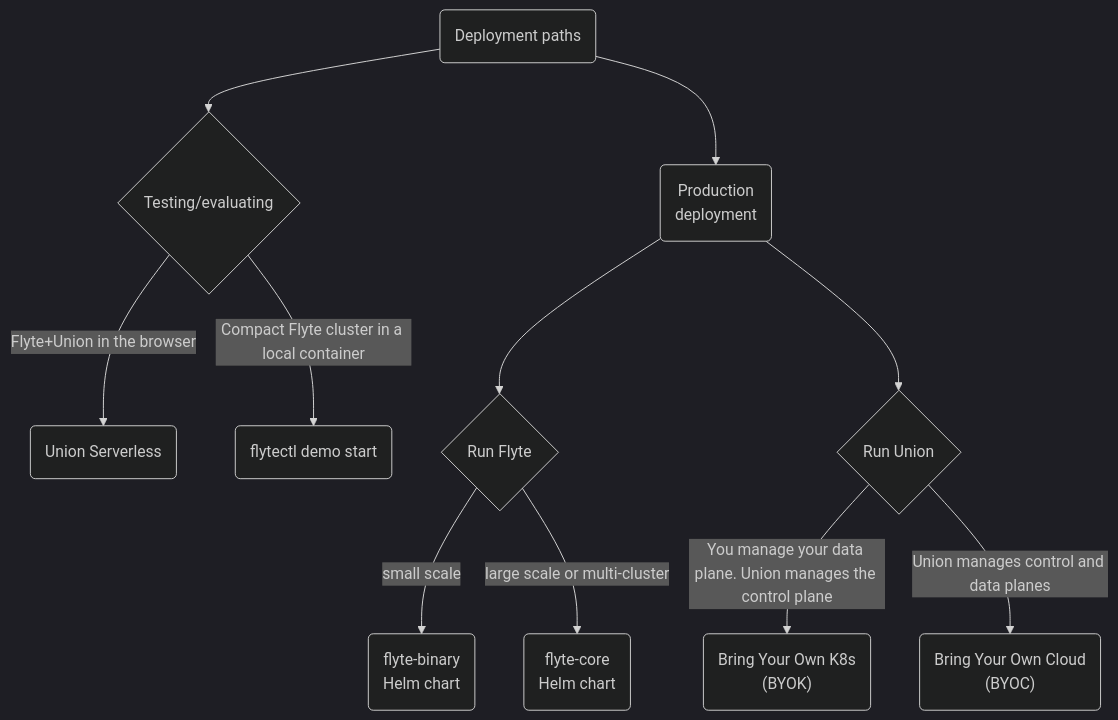
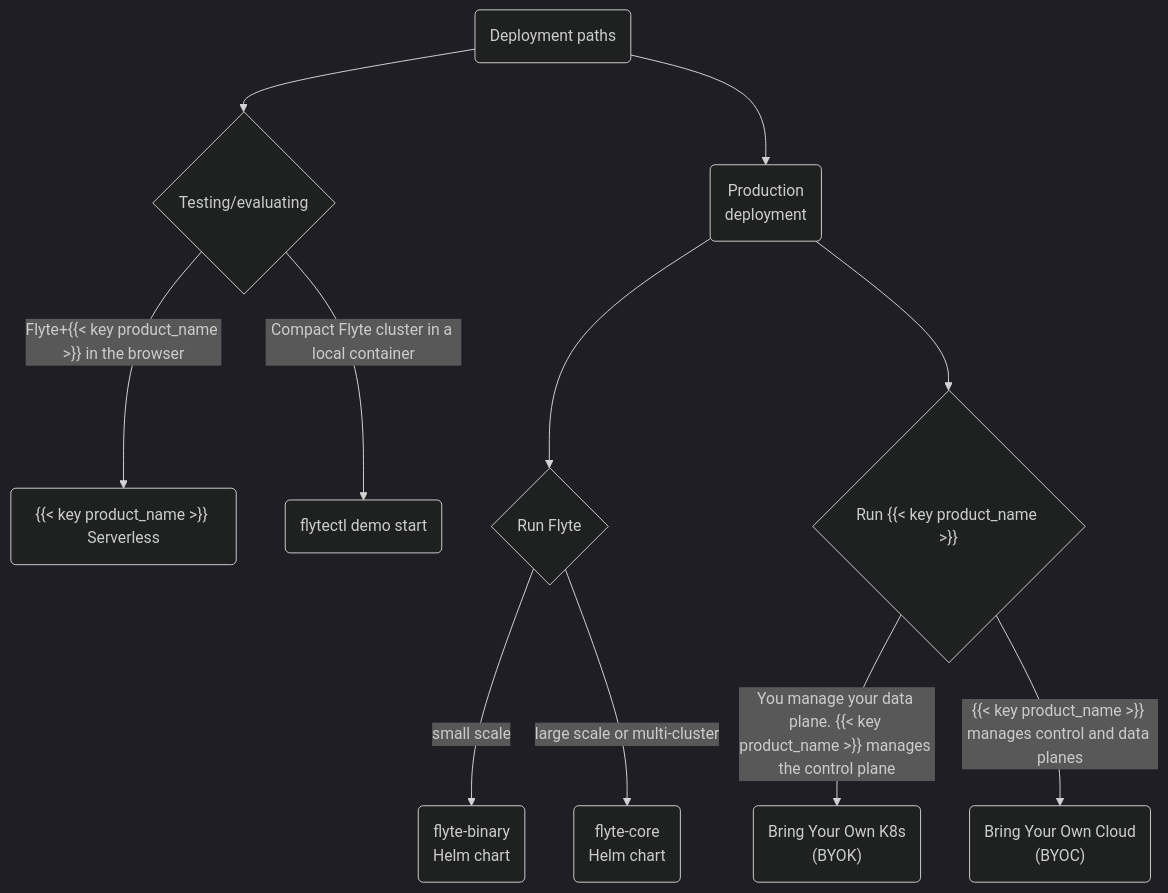
Before and after one commit to unionai/unionai-docs: the diagram in content/deployment/_index.md, drawn with Mermaid (dark theme). The commit also changed other lines of this file and 29 other files, not shown here.

Commit message:
Replace all literal instances of "Union" (as product name) with keyword variable

````diff
--- a/content/deployment/_index.md
+++ b/content/deployment/_index.md
@@ -31,22 +31,22 @@
 ```mermaid
 flowchart TD
     A("Deployment paths") --> n1["Testing/evaluating"] & n4["Production <br>deployment"]
-    n1 -- Flyte+Union in the browser --> n2["Union Serverless<br>"]
+    n1 -- Flyte+{{< key product_name >}} in the browser --> n2["{{< key product_name >}} Serverless<br>"]
     n1 -- Compact Flyte cluster in a local container --> n3["flytectl demo start<br>"]
-    n4 --> n5["Run Flyte"] & n8["Run Union"]
+    n4 --> n5["Run Flyte"] & n8["Run {{< key product_name >}}"]
     n5 -- small scale --> n6["flyte-binary<br>Helm chart"]
     n5 -- large scale or multi-cluster --> n7["flyte-core<br>Helm chart"]
-    n8 -- "You manage your data plane. Union manages the control plane" --> n9["Bring Your Own K8s<br>(BYOK)"]
-    n8 -- Union manages control and data planes --> n10["Bring Your Own Cloud<br>(BYOC)"]
+    n8 -- "You manage your data plane. {{< key product_name >}} manages the control plane" --> n9["Bring Your Own K8s<br>(BYOK)"]
+    n8 -- {{< key product_name >}} manages control and data planes --> n10["Bring Your Own Cloud<br>(BYOC)"]
 
     n1@{ shape: diam}
     n4@{ shape: rounded}
     n2@{ shape: rounded}
     n3@{ shape: rounded}
     n5@{ shape: diam}
     n8@{ shape: diam}
     n6@{ shape: rounded}
     n7@{ shape: rounded}
     n9@{ shape: rounded}
     n10@{ shape: rounded}
 ```
````
